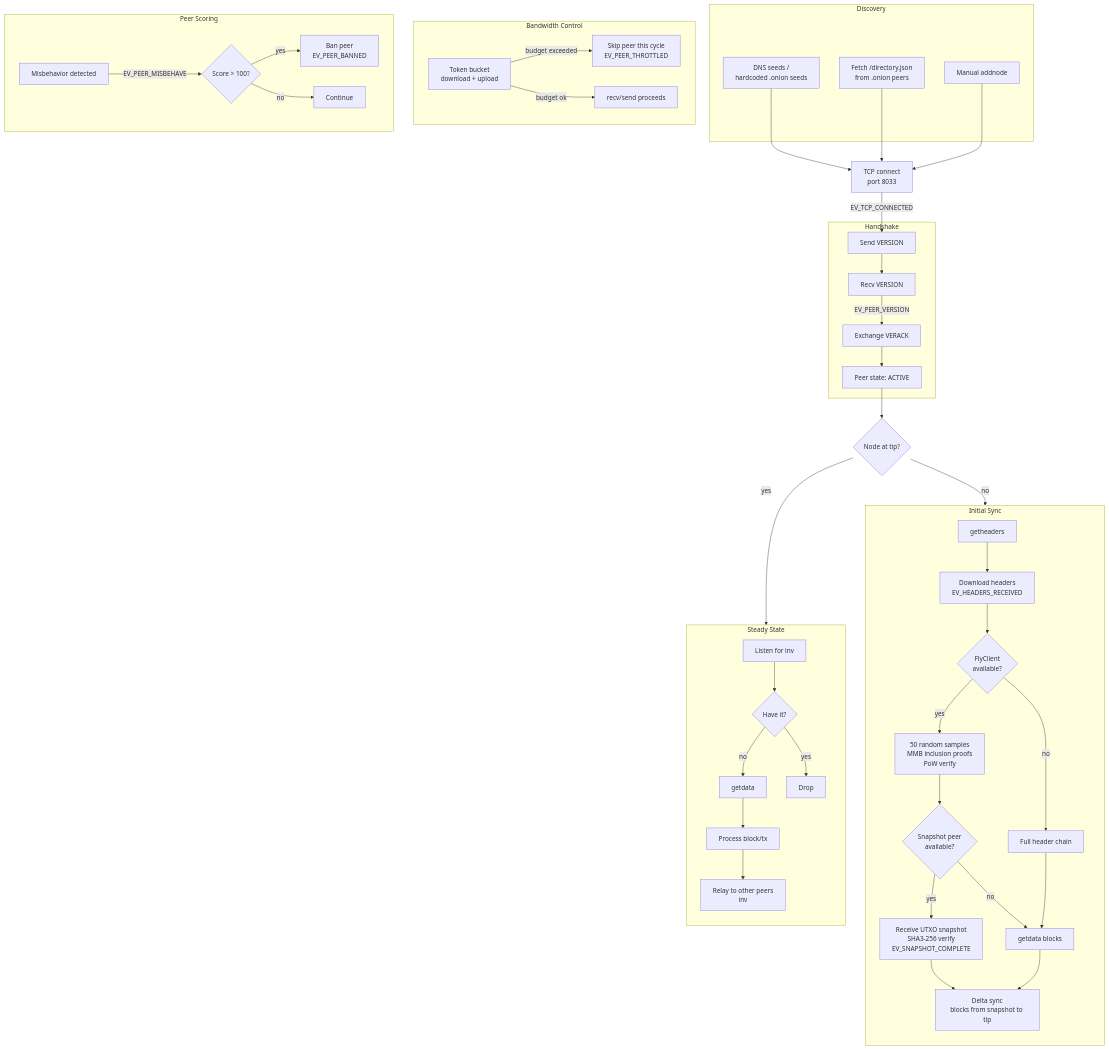
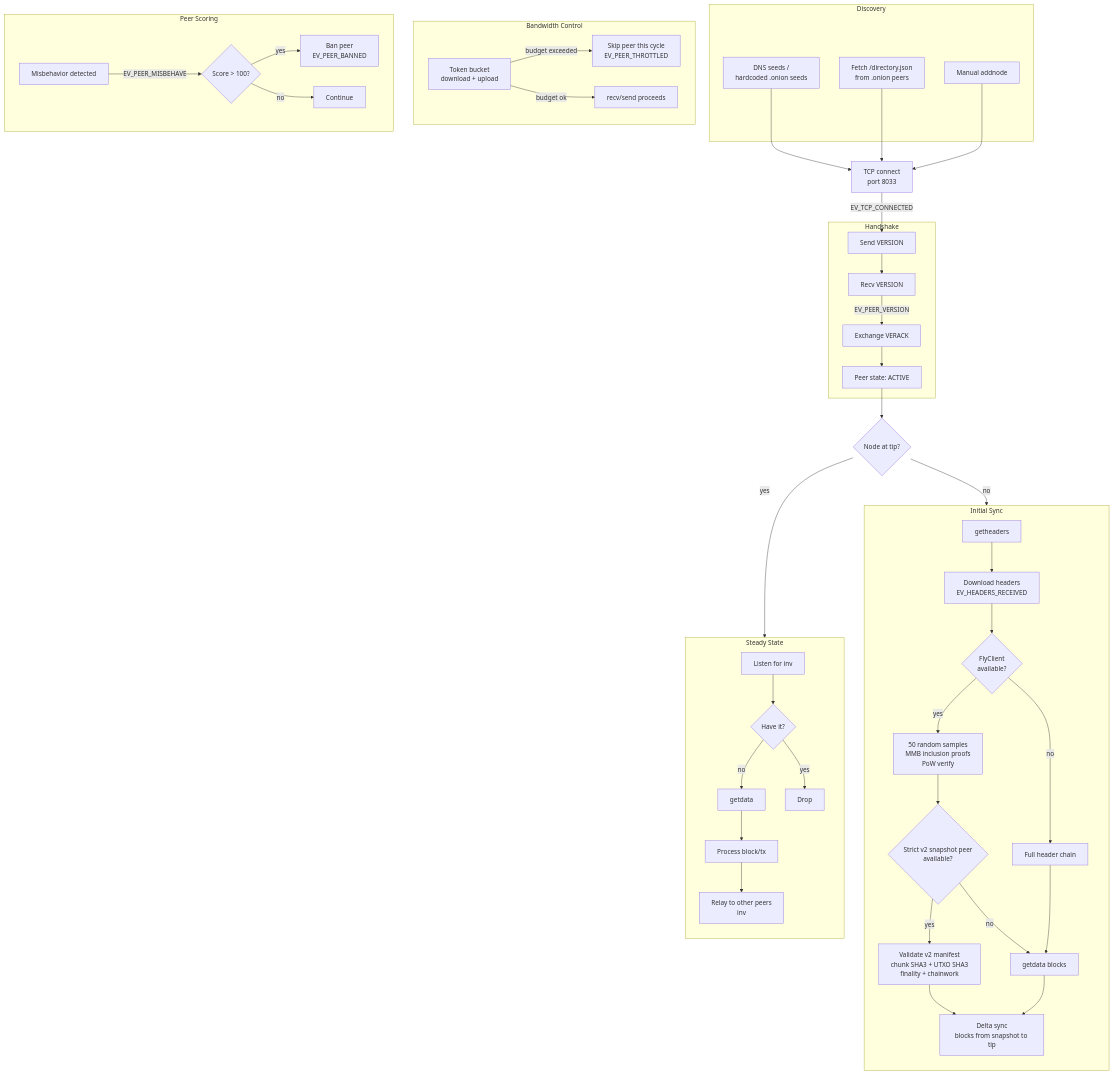
The second of 6 diagrams in docs/ARCHITECTURE_DIAGRAMS.md (VictorLux/zclassic-1), drawn with Mermaid before and after one commit. The commit also changed 130 other files, not shown here.

````diff
--- a/docs/ARCHITECTURE_DIAGRAMS.md
+++ b/docs/ARCHITECTURE_DIAGRAMS.md
@@ -62,60 +62,60 @@
 ```mermaid
 flowchart TD
     subgraph Discovery
         SEEDS[DNS seeds /<br/>hardcoded .onion seeds]
         DIRECTORY[Fetch /directory.json<br/>from .onion peers]
         ADDNODE[Manual addnode]
     end
 
     SEEDS --> CONNECT
     DIRECTORY --> CONNECT
     ADDNODE --> CONNECT
 
     CONNECT[TCP connect<br/>port 8033] -->|EV_TCP_CONNECTED| HANDSHAKE
 
     subgraph Handshake
         HANDSHAKE[Send VERSION] --> VERSION_ACK[Recv VERSION]
         VERSION_ACK -->|EV_PEER_VERSION| VERACK[Exchange VERACK]
         VERACK --> ACTIVE[Peer state: ACTIVE]
     end
 
     ACTIVE --> SYNC_CHECK{Node at tip?}
 
     SYNC_CHECK -->|no| SYNC
     SYNC_CHECK -->|yes| RELAY
 
     subgraph Sync["Initial Sync"]
         direction TB
         SYNC[getheaders] --> HEADERS[Download headers<br/>EV_HEADERS_RECEIVED]
         HEADERS --> FLYCLIENT{FlyClient<br/>available?}
         FLYCLIENT -->|yes| FC_VERIFY[50 random samples<br/>MMB inclusion proofs<br/>PoW verify]
         FLYCLIENT -->|no| FULL_HEADERS[Full header chain]
-        FC_VERIFY --> SNAPSHOT{Snapshot peer<br/>available?}
+        FC_VERIFY --> SNAPSHOT{Strict v2 snapshot peer<br/>available?}
         FULL_HEADERS --> GETBLOCKS
-        SNAPSHOT -->|yes| SNAP_RECV[Receive UTXO snapshot<br/>SHA3-256 verify<br/>EV_SNAPSHOT_COMPLETE]
+        SNAPSHOT -->|yes| SNAP_RECV[Validate v2 manifest<br/>chunk SHA3 + UTXO SHA3<br/>finality + chainwork]
         SNAPSHOT -->|no| GETBLOCKS
         SNAP_RECV --> DELTA[Delta sync<br/>blocks from snapshot to tip]
         GETBLOCKS[getdata blocks] --> DELTA
     end
 
     subgraph Relay["Steady State"]
         direction TB
         RELAY[Listen for inv] --> INV_CHECK{Have it?}
         INV_CHECK -->|no| GETDATA[getdata]
         INV_CHECK -->|yes| DROP[Drop]
         GETDATA --> PROCESS[Process block/tx]
         PROCESS --> ANNOUNCE[Relay to other peers<br/>inv]
     end
 
     subgraph Bandwidth["Bandwidth Control"]
         BUCKET[Token bucket<br/>download + upload]
         BUCKET -->|budget exceeded| THROTTLE[Skip peer this cycle<br/>EV_PEER_THROTTLED]
         BUCKET -->|budget ok| ALLOW[recv/send proceeds]
     end
 
     subgraph Scoring["Peer Scoring"]
         MISBEHAVE[Misbehavior detected] -->|EV_PEER_MISBEHAVE| SCORE{Score > 100?}
         SCORE -->|yes| BAN[Ban peer<br/>EV_PEER_BANNED]
         SCORE -->|no| CONTINUE[Continue]
     end
 ```
````
